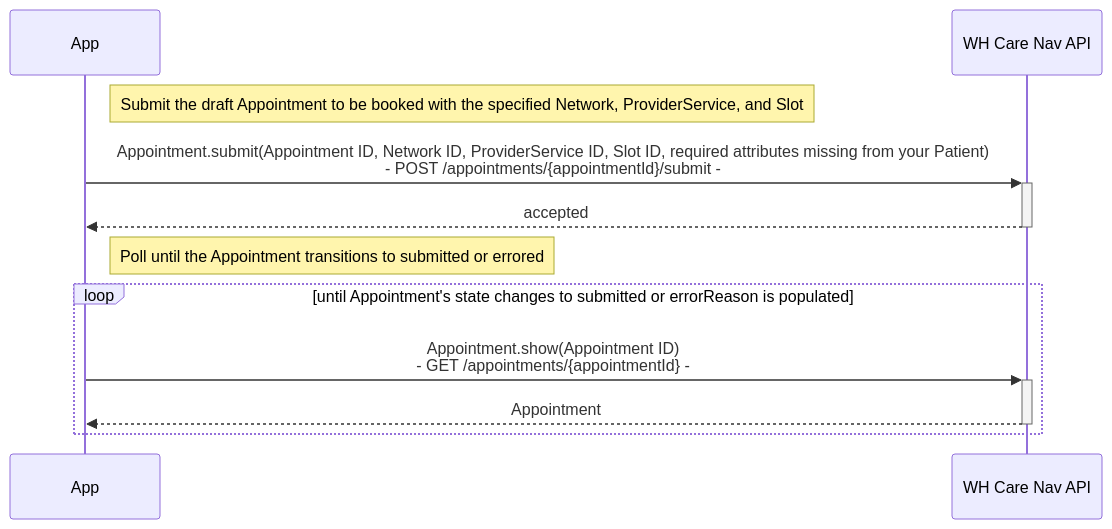
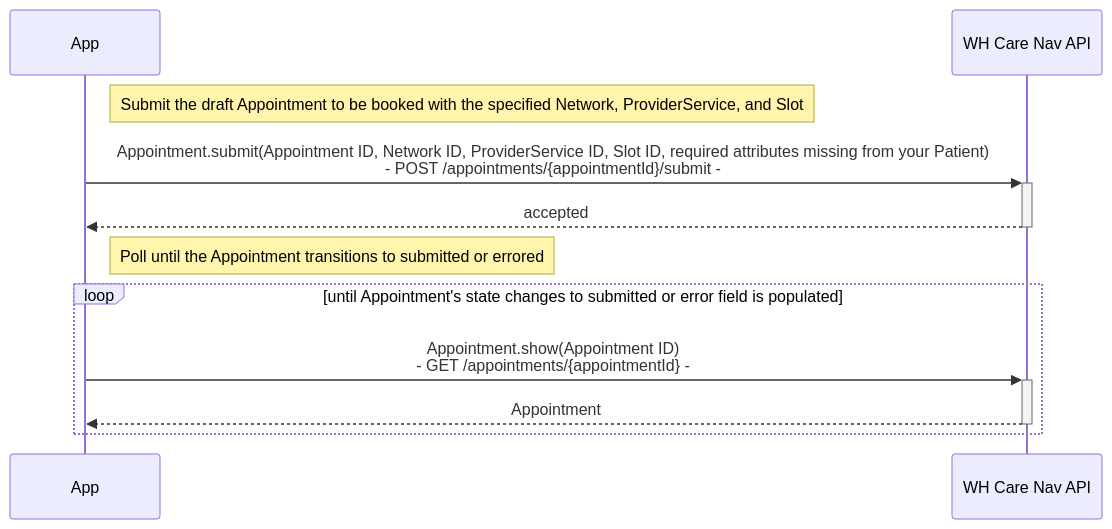
The fourth of 6 diagrams in README.md (wellhive/api-docs), drawn with Mermaid before and after one commit. The commit also changed other lines of this file and 1 other file, not shown here.

````diff
--- a/README.md
+++ b/README.md
@@ -199,17 +199,17 @@
 ```mermaid
 sequenceDiagram
 
 participant c as App
 participant n as WH Care Nav API
 
 
 Note right of c: Submit the draft Appointment to be booked with the specified Network, ProviderService, and Slot
 c->>+n: Appointment.submit(Appointment ID, Network ID, ProviderService ID, Slot ID, required attributes missing from your Patient)<br>- POST /appointments/{appointmentId}/submit -
 n-->>-c: accepted
 
 Note right of c: Poll until the Appointment transitions to submitted or errored
-loop until Appointment's state changes to submitted or errorReason is populated
+loop until Appointment's state changes to submitted or error field is populated
 c->>+n: Appointment.show(Appointment ID)<br>- GET /appointments/{appointmentId} -
 n-->>-c: Appointment
 end
 ```
````
